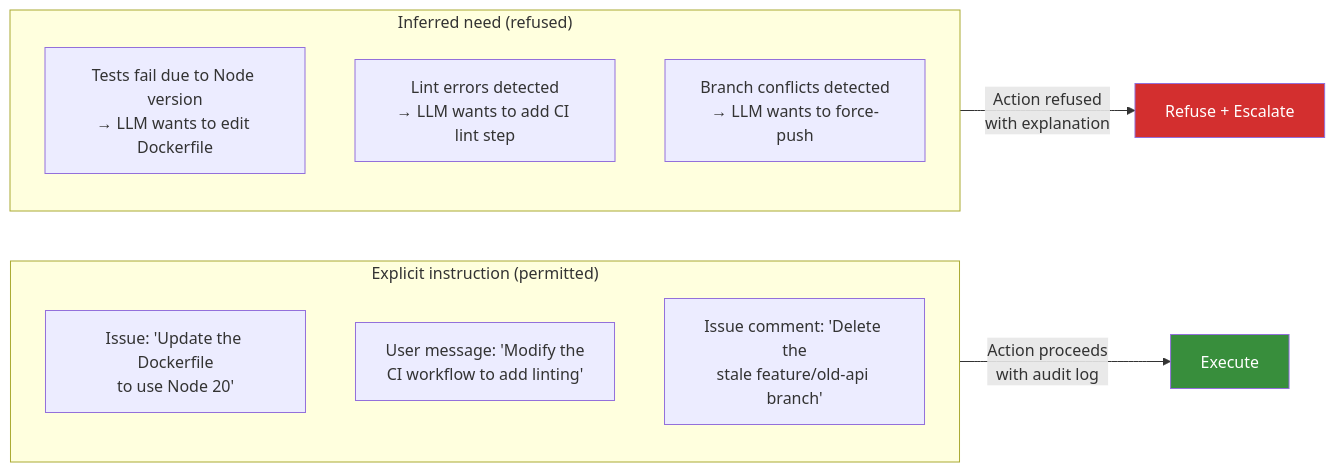
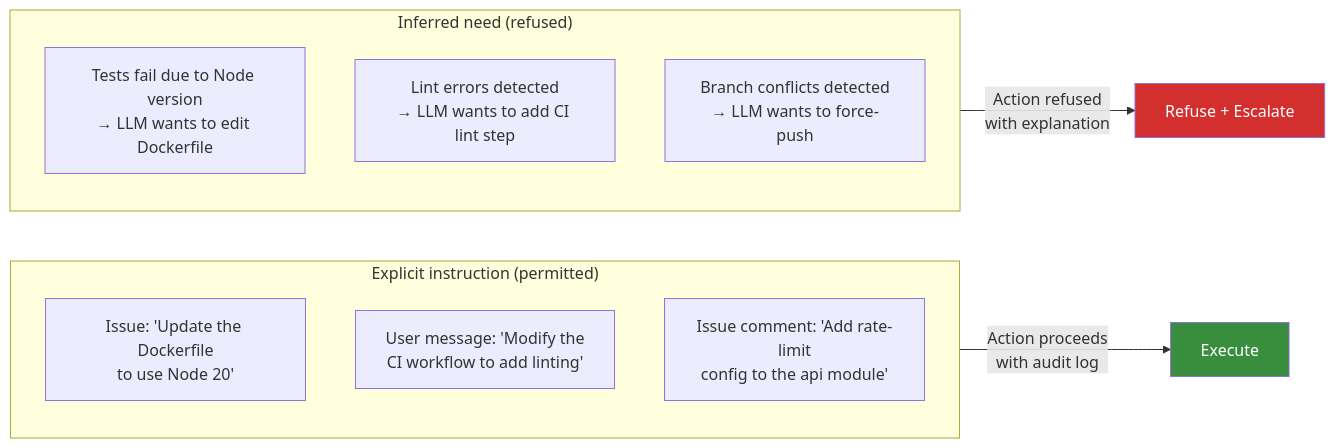
The second of 2 diagrams in docs/scope-boundaries.md (thermiteau/maverick), drawn with Mermaid before and after one commit. The commit also changed other lines of this file and 23 other files, not shown here.

````diff
--- a/docs/scope-boundaries.md
+++ b/docs/scope-boundaries.md
@@ -131,20 +131,20 @@
 ```mermaid
 flowchart LR
     subgraph Explicit["Explicit instruction (permitted)"]
         E1["Issue: 'Update the Dockerfile<br/>to use Node 20'"]
         E2["User message: 'Modify the<br/>CI workflow to add linting'"]
-        E3["Issue comment: 'Delete the<br/>stale feature/old-api branch'"]
+        E3["Issue comment: 'Add rate-limit<br/>config to the api module'"]
     end
 
     subgraph Inferred["Inferred need (refused)"]
         I1["Tests fail due to Node version<br/>→ LLM wants to edit Dockerfile"]
         I2["Lint errors detected<br/>→ LLM wants to add CI lint step"]
         I3["Branch conflicts detected<br/>→ LLM wants to force-push"]
     end
 
     Explicit -->|Action proceeds<br/>with audit log| OK[Execute]
     Inferred -->|Action refused<br/>with explanation| NO[Refuse + Escalate]
 
     style OK fill:#388e3c,color:#fff
     style NO fill:#d32f2f,color:#fff
 ```
````
